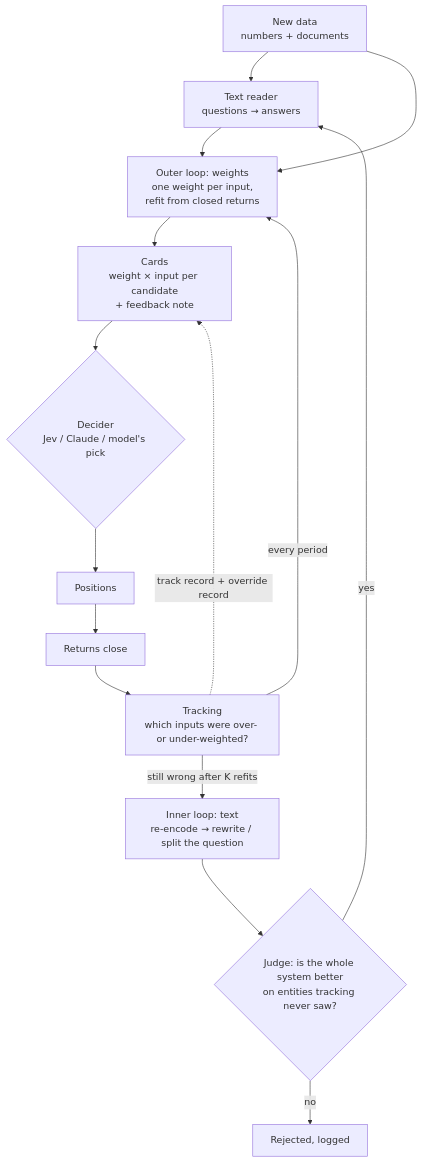
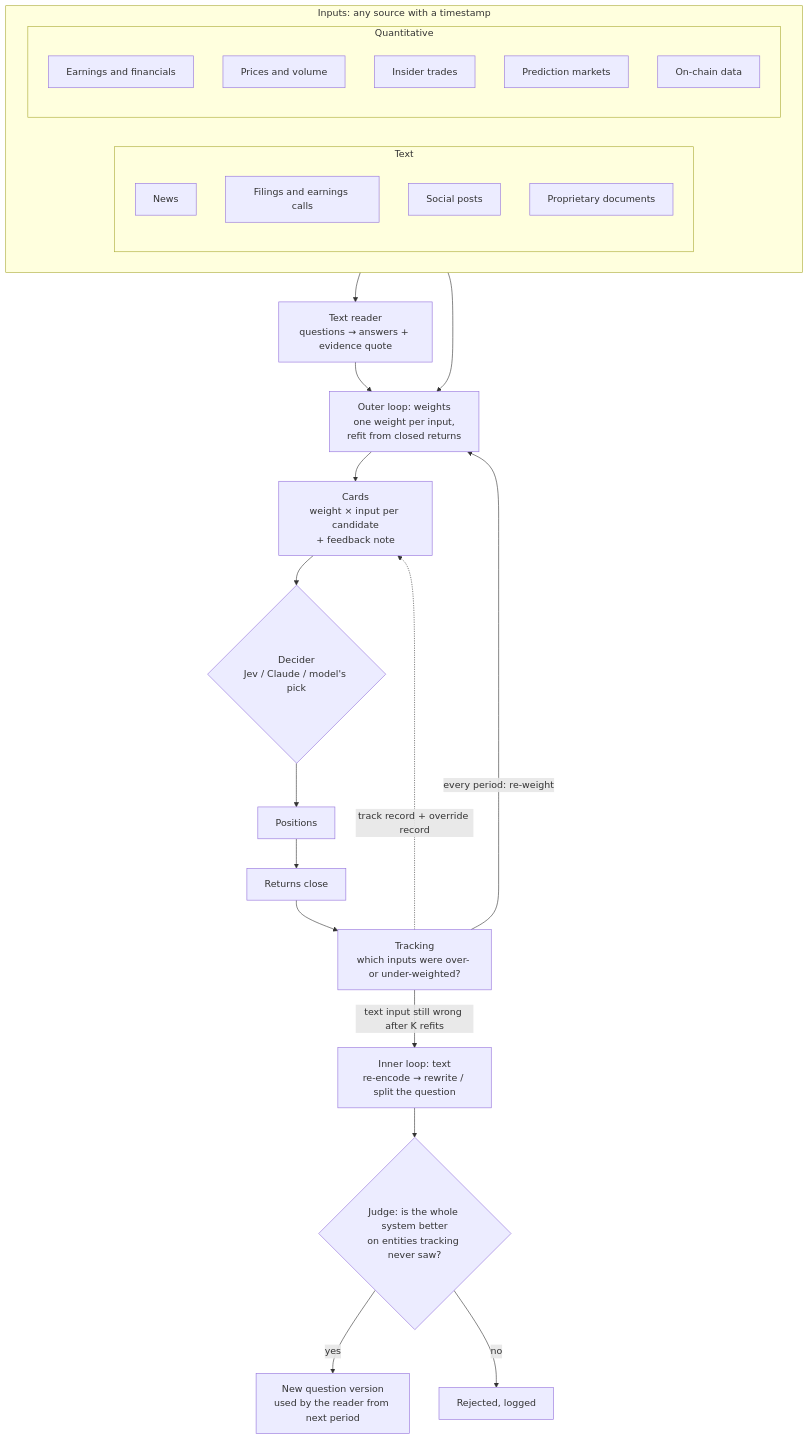
The diagram in README.md (0xbeamish/project-new-gen-investing), drawn with Mermaid before and after one commit.

Commit message:
docs(readme): loop diagram shows the range of inputs (text and quantitative)
Claude-Session: https://claude.ai/code/session_012KU4tNgkU9FbrUrEDqBjbn

````diff
--- a/README.md
+++ b/README.md
@@ -23,17 +23,33 @@
 ```mermaid
 flowchart TD
-    D["New data<br/>numbers + documents"] --> R["Text reader<br/>questions → answers"]
-    R --> W
-    D --> W["Outer loop: weights<br/>one weight per input,<br/>refit from closed returns"]
+    subgraph INPUTS["Inputs: any source with a timestamp"]
+        direction LR
+        subgraph TXT["Text"]
+            N["News"]
+            F["Filings and earnings calls"]
+            S["Social posts"]
+            PD["Proprietary documents"]
+        end
+        subgraph NUM["Quantitative"]
+            E["Earnings and financials"]
+            PX["Prices and volume"]
+            IN["Insider trades"]
+            PM["Prediction markets"]
+            OC["On-chain data"]
+        end
+    end
+    TXT --> R["Text reader<br/>questions → answers + evidence quote"]
+    R --> W["Outer loop: weights<br/>one weight per input,<br/>refit from closed returns"]
+    NUM --> W
     W --> C["Cards<br/>weight × input per candidate<br/>+ feedback note"]
     C --> J{"Decider<br/>Jev / Claude / model's pick"}
     J --> P["Positions"]
     P --> O["Returns close"]
     O --> T["Tracking<br/>which inputs were over- or under-weighted?"]
-    T -->|every period| W
-    T -->|"still wrong after K refits"| I["Inner loop: text<br/>re-encode → rewrite / split the question"]
+    T -->|"every period: re-weight"| W
+    T -.->|"track record + override record"| C
+    T -->|"text input still wrong after K refits"| I["Inner loop: text<br/>re-encode → rewrite / split the question"]
     I --> G{"Judge: is the whole system better<br/>on entities tracking never saw?"}
-    G -->|yes| R
+    G -->|yes| U["New question version<br/>used by the reader from next period"]
     G -->|no| X["Rejected, logged"]
-    T -.->|"track record + override record"| C
 ```
````
